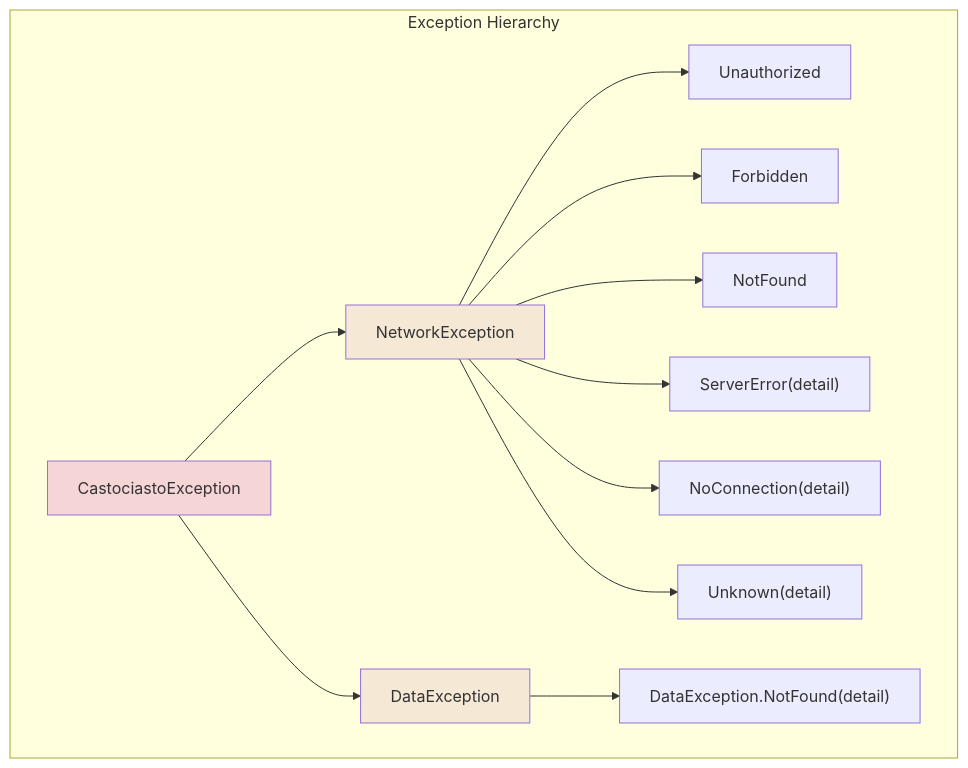
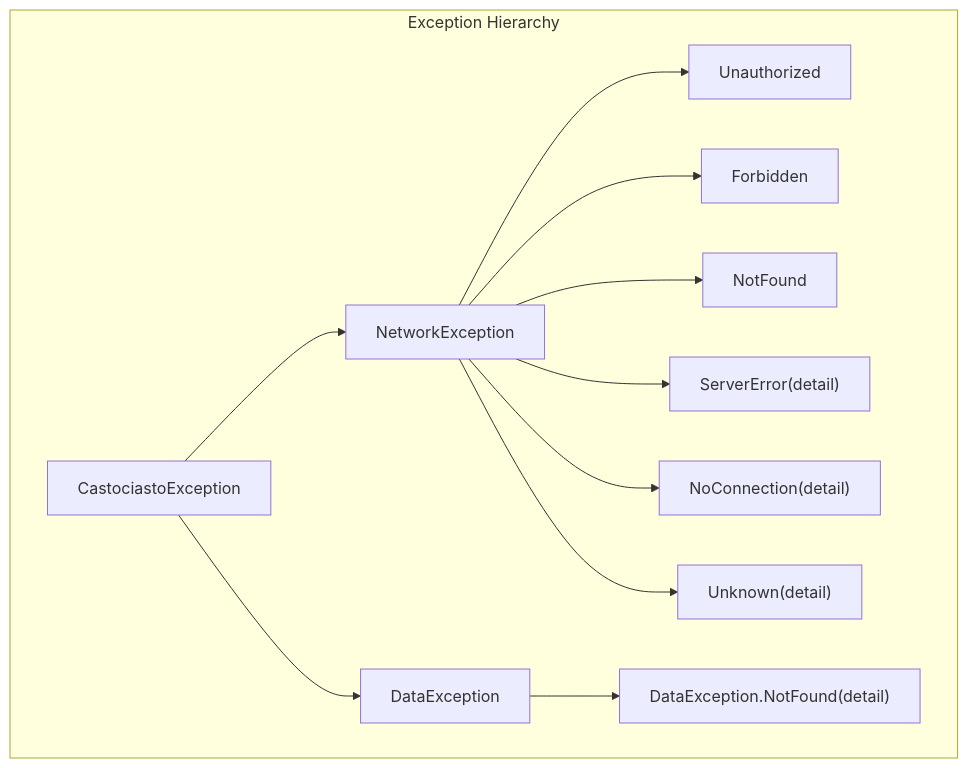
Before and after one commit to Ashanen/Castociasto: the sixth of 9 diagrams in README.md, drawn with Mermaid. The commit also changed other lines of this file, not shown here.

Commit message:
Update README: feature isolation, domain-centric architecture, remove custom colors

````diff
--- a/README.md
+++ b/README.md
@@ -378,31 +399,27 @@
 ```mermaid
 graph TB
     subgraph "Exception Hierarchy"
         CE["CastociastoException"]
         NE["NetworkException"]
         DE["DataException"]
 
         U["Unauthorized"]
         F["Forbidden"]
         NF["NotFound"]
         SE["ServerError(detail)"]
         NC["NoConnection(detail)"]
         UNK["Unknown(detail)"]
 
         DNF["DataException.NotFound(detail)"]
     end
 
     CE --> NE
     CE --> DE
     NE --> U
     NE --> F
     NE --> NF
     NE --> SE
     NE --> NC
     NE --> UNK
     DE --> DNF
-
-    style CE fill:#F5D5D5
-    style NE fill:#F5E8D5
-    style DE fill:#F5E8D5
 ```
````
